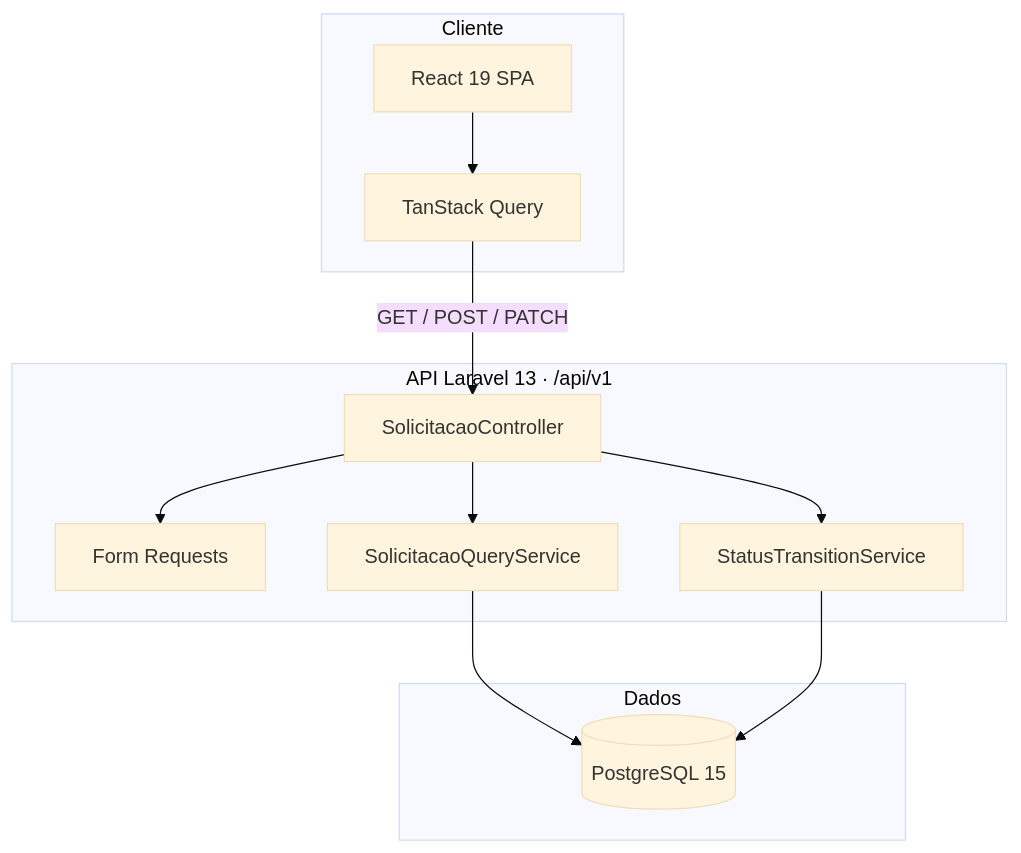
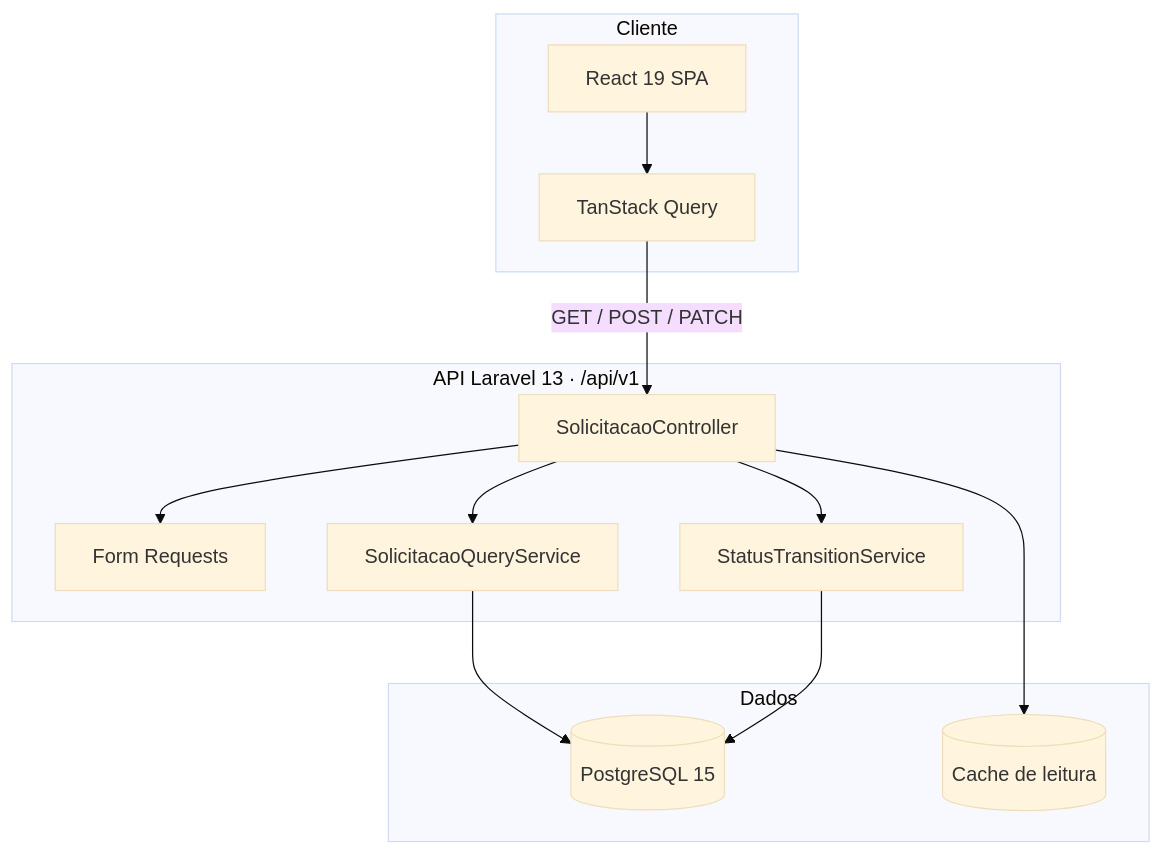
Before and after one commit to soninhoxs/Projeto-Vlab: the diagram in README.md, drawn with Mermaid (base theme). The commit also changed other lines of this file and 69 other files, not shown here.

````diff
--- a/README.md
+++ b/README.md
@@ -40,26 +40,28 @@
 ```mermaid
 flowchart TB
     subgraph Cliente
         SPA[React 19 SPA]
         RQ[TanStack Query]
         SPA --> RQ
     end
 
     subgraph API["API Laravel 13 · /api/v1"]
         Ctrl[SolicitacaoController]
         FR[Form Requests]
         SM[StatusTransitionService]
         QS[SolicitacaoQueryService]
         Ctrl --> FR
         Ctrl --> SM
         Ctrl --> QS
     end
 
     subgraph Dados
         PG[(PostgreSQL 15)]
+        Cache[(Cache de leitura)]
     end
 
     RQ -->|GET / POST / PATCH| Ctrl
     QS --> PG
     SM --> PG
+    Ctrl --> Cache
 ```
````
